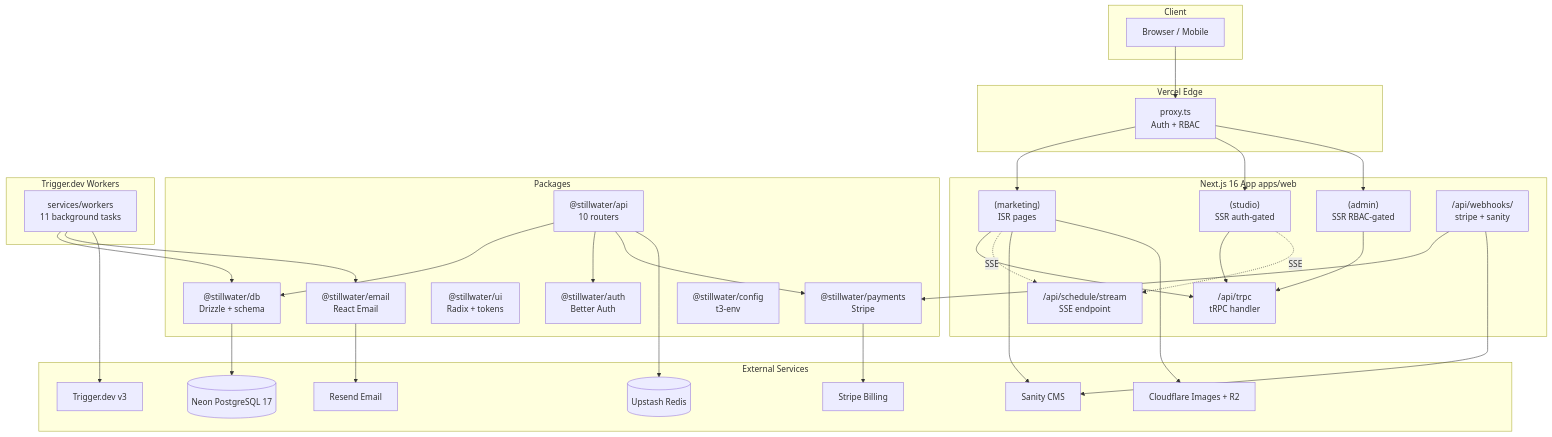
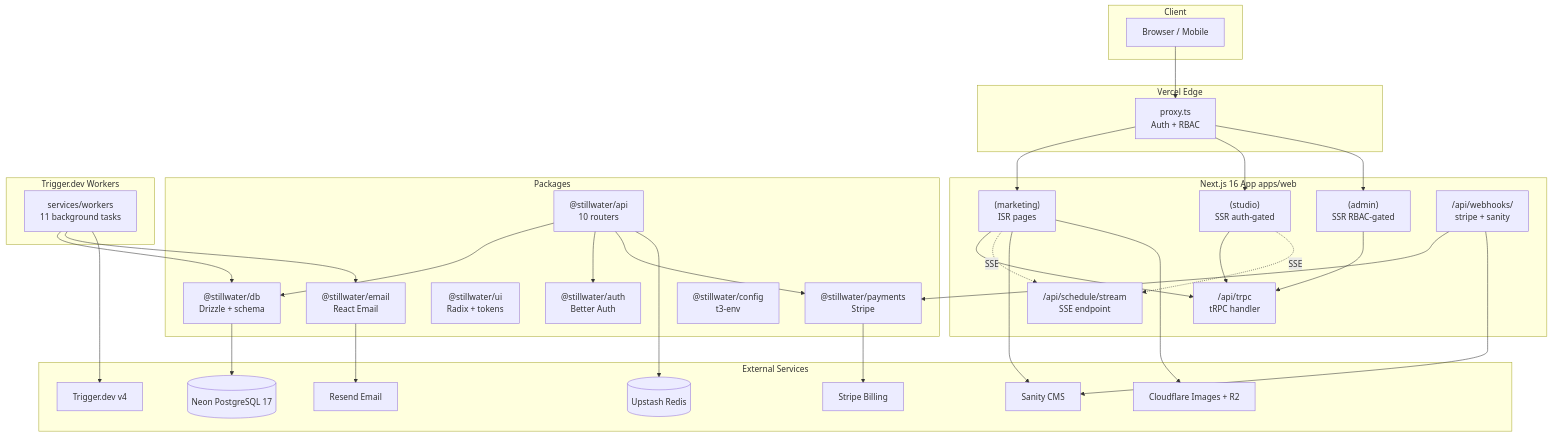
One commit to nordeim/stillwater changed the first of 2 diagrams in README.md. Above: the diagram before and after it, drawn with Mermaid. The commit also changed other lines of this file and 29 other files, not shown here.

````diff
--- a/README.md
+++ b/README.md
@@ -91,60 +92,60 @@
 ```mermaid
 flowchart TB
     subgraph "Client"
         Browser[Browser / Mobile]
     end
 
     subgraph "Vercel Edge"
         Proxy[proxy.ts<br/>Auth + RBAC]
     end
 
     subgraph "Next.js 16 App apps/web"
         Marketing["(marketing)<br/>ISR pages"]
         Studio["(studio)<br/>SSR auth-gated"]
         Admin["(admin)<br/>SSR RBAC-gated"]
         TRPC["/api/trpc<br/>tRPC handler"]
         SSE["/api/schedule/stream<br/>SSE endpoint"]
         Webhooks["/api/webhooks/<br/>stripe + sanity"]
     end
 
     subgraph "Packages"
         API["@stillwater/api<br/>10 routers"]
         DB["@stillwater/db<br/>Drizzle + schema"]
         Auth["@stillwater/auth<br/>Better Auth"]
         UI["@stillwater/ui<br/>Radix + tokens"]
         Pay["@stillwater/payments<br/>Stripe"]
         Email["@stillwater/email<br/>React Email"]
         Config["@stillwater/config<br/>t3-env"]
     end
 
     subgraph "External Services"
         Neon[(Neon PostgreSQL 17)]
         Upstash[(Upstash Redis)]
         Sanity[Sanity CMS]
         Stripe[Stripe Billing]
         Resend[Resend Email]
-        Trigger[Trigger.dev v3]
+        Trigger[Trigger.dev v4]
         Cloudflare[Cloudflare Images + R2]
     end
 
     subgraph "Trigger.dev Workers"
         Workers["services/workers<br/>11 background tasks"]
     end
 
     Browser --> Proxy
     Proxy --> Marketing & Studio & Admin
     Marketing --> TRPC
     Studio --> TRPC
     Admin --> TRPC
     Marketing -.SSE.-> SSE
     Studio -.SSE.-> SSE
     Webhooks --> Pay & Sanity
     API --> DB & Auth & Pay
     DB --> Neon
     API --> Upstash
     Workers --> DB & Email & Trigger
     Email --> Resend
     Marketing --> Sanity
     Pay --> Stripe
     Marketing --> Cloudflare
 ```
````
